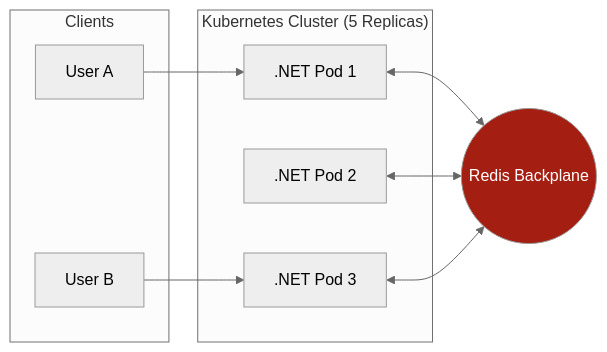
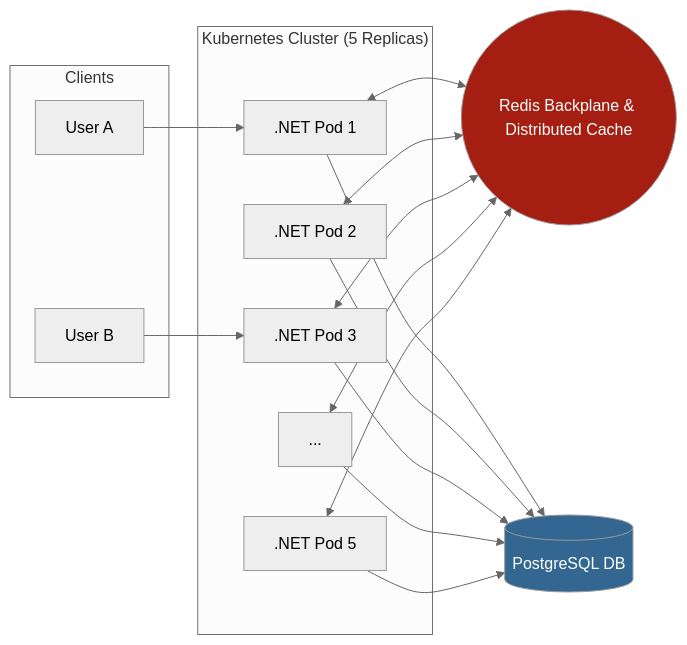
One commit to shevi-kukis/transaction-monitor changed the second of 2 diagrams in README.md. Above: the diagram before and after it, drawn with Mermaid (neutral theme).

Commit message:
Improve README

````diff
--- a/README.md
+++ b/README.md
@@ -26,22 +26,33 @@
 ```mermaid
 graph LR
     subgraph Clients
         C1[User A]
         C2[User B]
     end
 
     subgraph "Kubernetes Cluster (5 Replicas)"
         P1[.NET Pod 1]
         P2[.NET Pod 2]
         P3[.NET Pod 3]
+        P4[...]
+        P5[.NET Pod 5]
     end
 
     C1 --> P1
     C2 --> P3
 
-    P1 <--> R((Redis Backplane))
+    P1 <--> R((Redis Backplane & Distributed Cache))
     P2 <--> R
     P3 <--> R
+    P4 <--> R
+    P5 <--> R
+
+    P1 --> DB[(PostgreSQL DB)]
+    P2 --> DB
+    P3 --> DB
+    P4 --> DB
+    P5 --> DB
 
     style R fill:#a41e11,color:#fff
+    style DB fill:#336791,color:#fff
 ```
````
